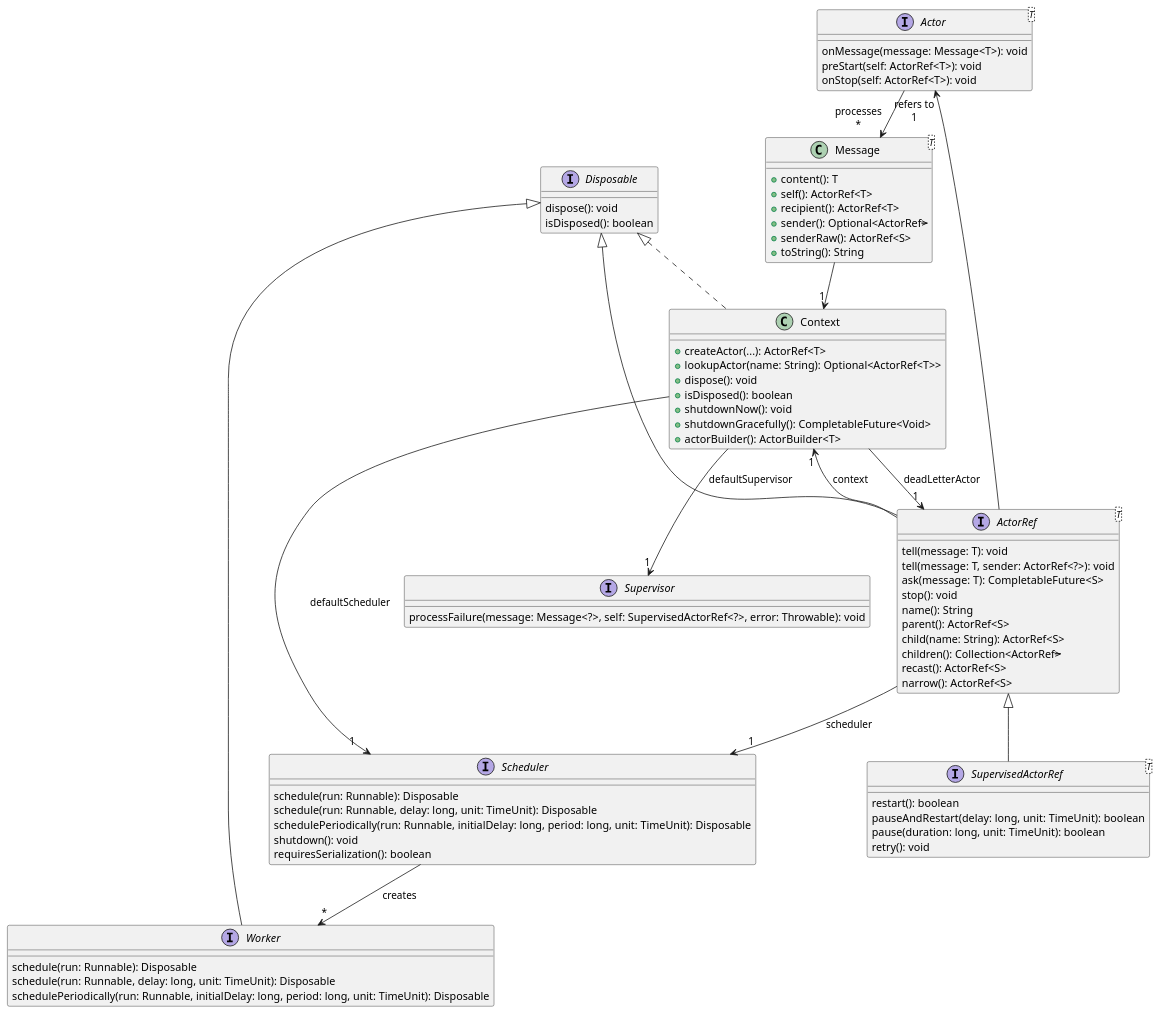
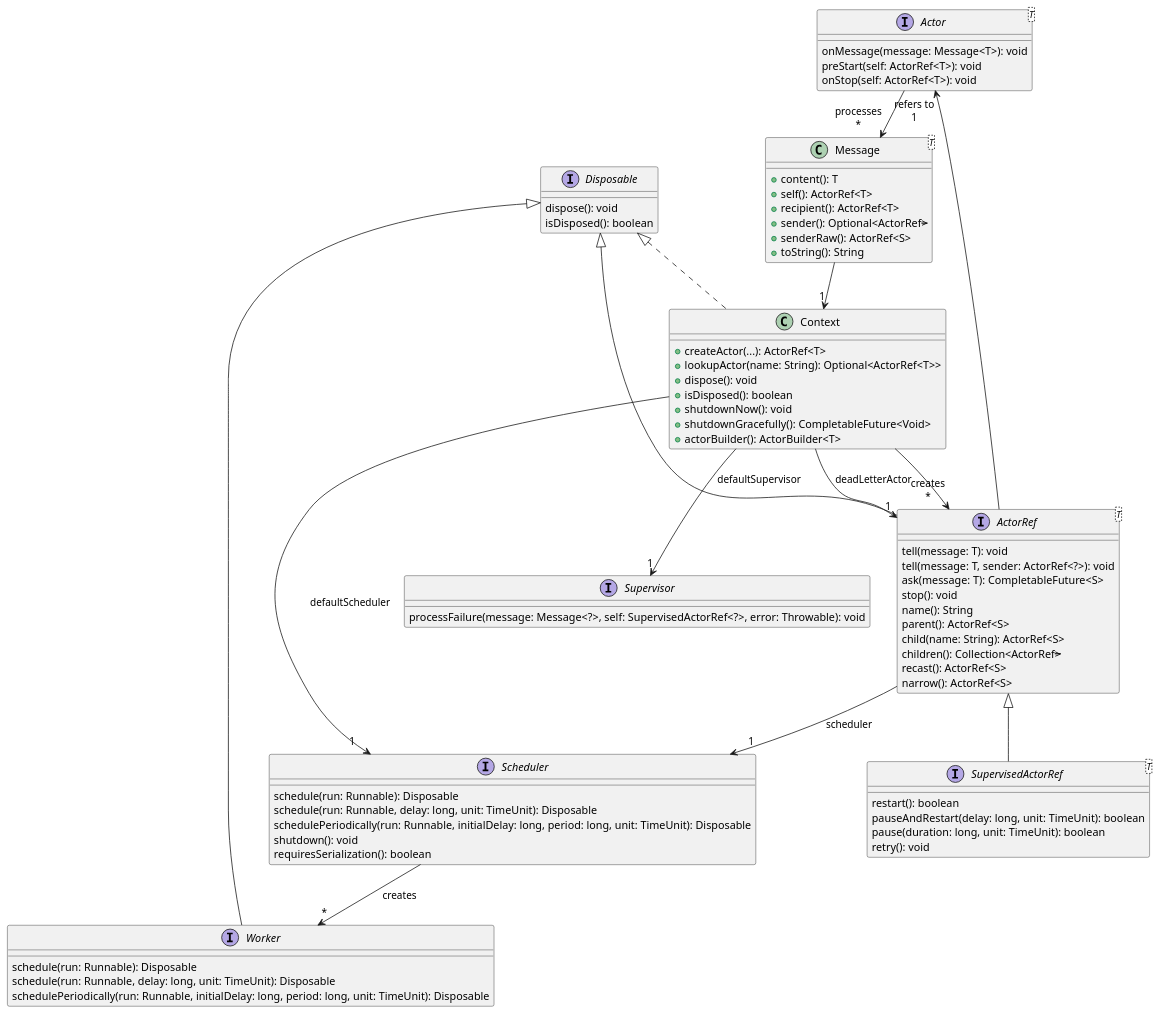
One commit to davidmoten/reels changed the diagram in src/main/plantuml/class-diagram.puml. Above: the diagram before and after it, drawn with PlantUML. The commit also changed 2 other files, not shown here.

```diff
--- a/src/main/plantuml/class-diagram.puml
+++ b/src/main/plantuml/class-diagram.puml
@@ -1,77 +1,77 @@
 @startuml
 interface "Actor<T>" as Actor_T_ [[java:com.github.davidmoten.reels.Actor]] {
     onMessage(message: Message<T>): void
     preStart(self: ActorRef<T>): void
     onStop(self: ActorRef<T>): void
 }
 interface "ActorRef<T>" as ActorRef_T_ [[java:com.github.davidmoten.reels.ActorRef]] {
     tell(message: T): void
     tell(message: T, sender: ActorRef<?>): void
     ask(message: T): CompletableFuture<S>
     stop(): void
     name(): String
     parent(): ActorRef<S>
     child(name: String): ActorRef<S>
     children(): Collection<ActorRef<S>>
     recast(): ActorRef<S>
     narrow(): ActorRef<S>
 }
-ActorRef_T_ --> "1" Context : context
+Context --> "creates\n*" ActorRef_T_
 ActorRef_T_ --> "1" Scheduler : scheduler
 Disposable <|-- ActorRef_T_
 class Context [[java:com.github.davidmoten.reels.Context]] {
     +createActor(...): ActorRef<T>
     +lookupActor(name: String): Optional<ActorRef<T>>
     +dispose(): void
     +isDisposed(): boolean
     +shutdownNow(): void
     +shutdownGracefully(): CompletableFuture<Void>
     +actorBuilder(): ActorBuilder<T>
 }
 Context --> "1" Supervisor : defaultSupervisor
 Context --> "1" Scheduler : defaultScheduler
 Context --> "1" ActorRef_T_ : deadLetterActor
 Disposable <|.. Context
 
 interface Disposable [[java:com.github.davidmoten.reels.Disposable]] {
     dispose(): void
     isDisposed(): boolean
 }
 class "Message<T>" as Message_T_ [[java:com.github.davidmoten.reels.Message]] {
     +content(): T
     +self(): ActorRef<T>
     +recipient(): ActorRef<T>
     +sender(): Optional<ActorRef<S>>
     +senderRaw(): ActorRef<S>
     +toString(): String
 }
 Message_T_ --> "1" Context
 interface Scheduler [[java:com.github.davidmoten.reels.Scheduler]] {
     schedule(run: Runnable): Disposable
     schedule(run: Runnable, delay: long, unit: TimeUnit): Disposable
     schedulePeriodically(run: Runnable, initialDelay: long, period: long, unit: TimeUnit): Disposable
     shutdown(): void
     requiresSerialization(): boolean
 }
 Scheduler --> "*" Worker : creates
 
 interface "SupervisedActorRef<T>" as SupervisedActorRef_T_ [[java:com.github.davidmoten.reels.SupervisedActorRef]] {
     restart(): boolean
     pauseAndRestart(delay: long, unit: TimeUnit): boolean
     pause(duration: long, unit: TimeUnit): boolean
     retry(): void
 }
 ActorRef_T_ <|-- SupervisedActorRef_T_
 
 interface Supervisor [[java:com.github.davidmoten.reels.Supervisor]] {
     processFailure(message: Message<?>, self: SupervisedActorRef<?>, error: Throwable): void
 }
 interface Worker [[java:com.github.davidmoten.reels.Worker]] {
     schedule(run: Runnable): Disposable
     schedule(run: Runnable, delay: long, unit: TimeUnit): Disposable
     schedulePeriodically(run: Runnable, initialDelay: long, period: long, unit: TimeUnit): Disposable
 }
 Disposable <|-- Worker
 Actor_T_ --> "processes\n*" Message_T_
 ActorRef_T_ --> "refers to\n1" Actor_T_
 @enduml
```
